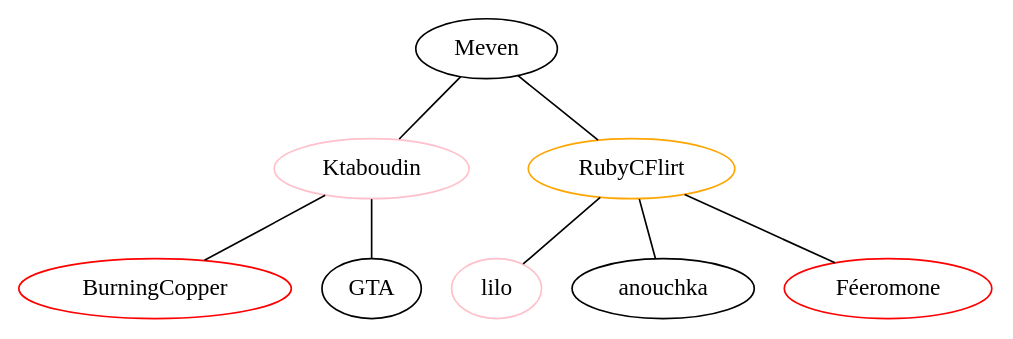
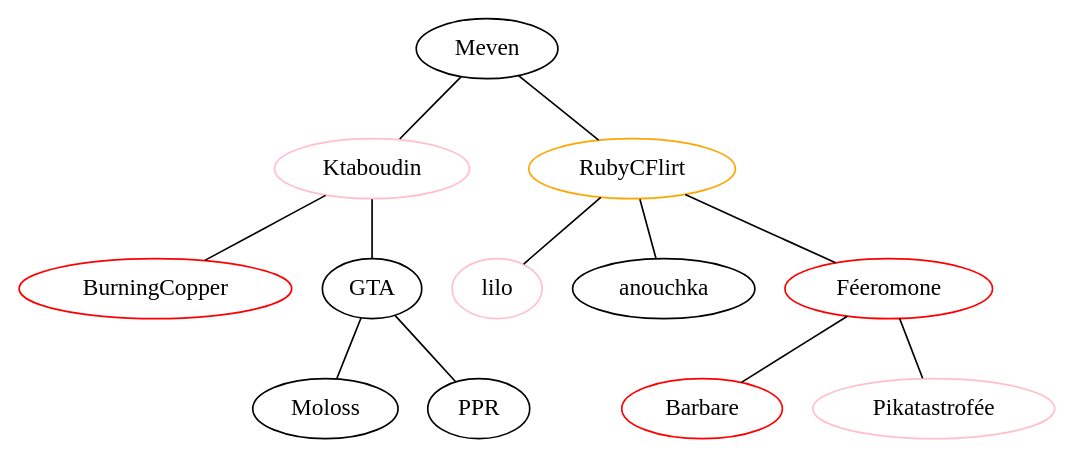
Before and after one commit to mevouc/fal-mily: the diagram in graph.dot, drawn with Graphviz. The commit also changed 1 other file, not shown here.

Commit message:
graph: Add Féeromone's PMs

```diff
--- a/graph.dot
+++ b/graph.dot
@@ -1,25 +1,33 @@
 graph Falmily {
     // list of names
     meven [label="Meven", color="black", fillcolor="blue"];
       alix [label="Ktaboudin", color="pink"];
         iris [label="BurningCopper", color="red"];
         camille [label="GTA", color="black", fillcolor="blue"];
+          julien [label="Moloss", color="black", fillcolor="blue"];
+          chabal [label="PPR", color="black", fillcolor="blue"];
       chris [label="RubyCFlirt", color="orange"];
         lilo [label="lilo", color="pink"];
         anouchka [label="anouchka"];
         benoit [label="Féeromone", color="red", fillcolor="green"];
+          barbare [label="Barbare", color="red"];
+          marvin [label="Pikatastrofée", color="pink"];
     
     
     /*
     ** List of patronage links
     */
 
     // Meven's graph
     meven -- alix;
       alix -- iris;
       alix -- camille;
+        camille -- julien;
+        camille -- chabal;
     meven -- chris;
-      chris -- benoit;
       chris -- anouchka;
       chris -- lilo;
+      chris -- benoit;
+        benoit -- barbare;
+        benoit -- marvin;
 }
```
